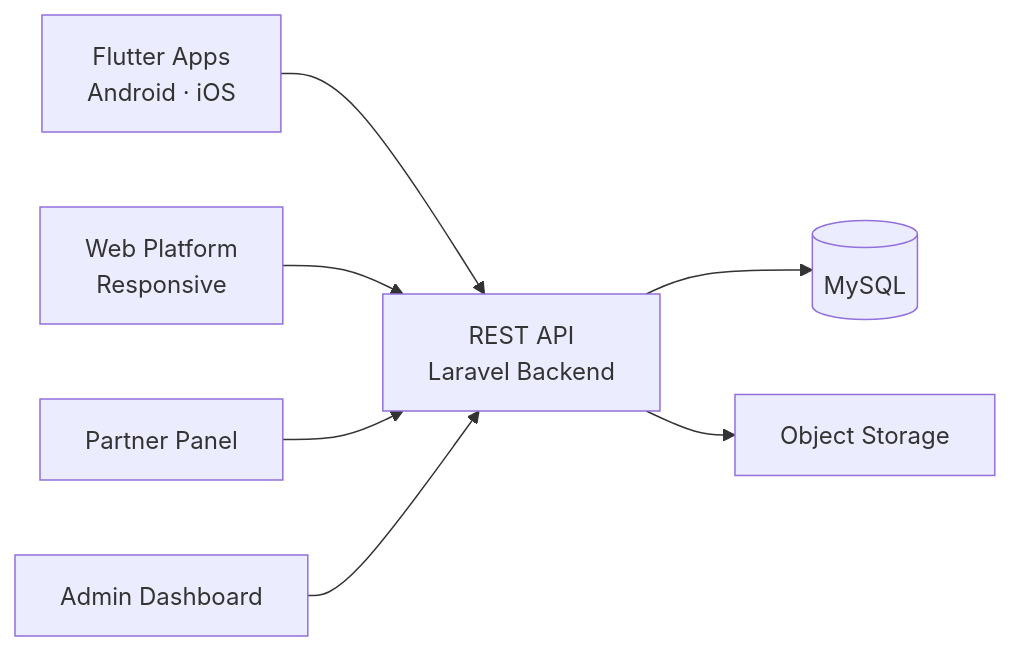
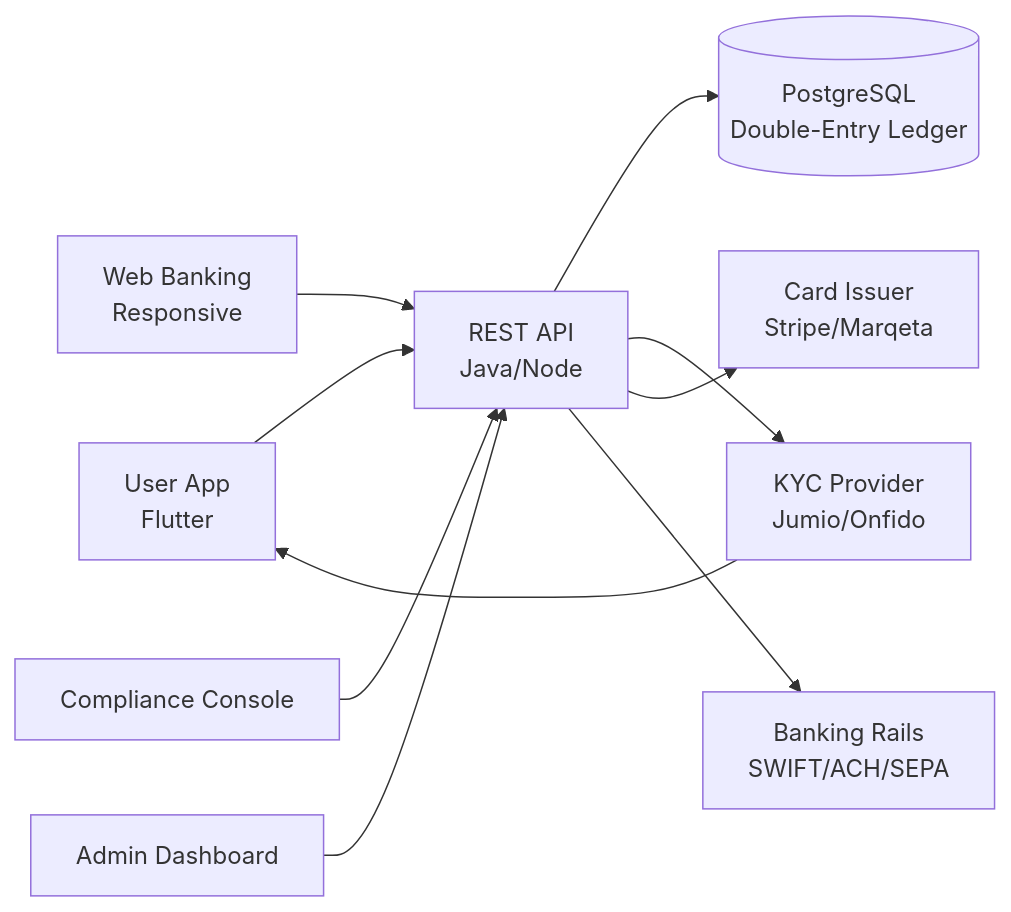
The diagram in README.md (Miracuves-Solutions/banking-script), drawn with Mermaid before and after one commit. The commit also changed other lines of this file, not shown here.

````diff
--- a/README.md
+++ b/README.md
@@ -100,9 +47,16 @@
 ```mermaid
 flowchart LR
-    A[Flutter Apps<br/>Android · iOS] --> G[REST API<br/>Laravel Backend]
-    W[Web Platform<br/>Responsive] --> G
-    P[Partner Panel] --> G
-    AD[Admin Dashboard] --> G
-    G --> DB[(MySQL)]
-    G --> S3[Object Storage]
+    A[User App<br/>Flutter]
+    B[Web Banking<br/>Responsive]
+    W[Compliance Console]
+    AD[Admin Dashboard]
+    A --> G[REST API<br/>Java/Node]
+    B --> G
+    W --> G
+    AD --> G
+    G --> DB[(PostgreSQL<br/>Double-Entry Ledger)]
+    G --> KYC[KYC Provider<br/>Jumio/Onfido]
+    KYC --> A
+    G --> CARD[Card Issuer<br/>Stripe/Marqeta]
+    G --> BANK[Banking Rails<br/>SWIFT/ACH/SEPA]
 ```
````
